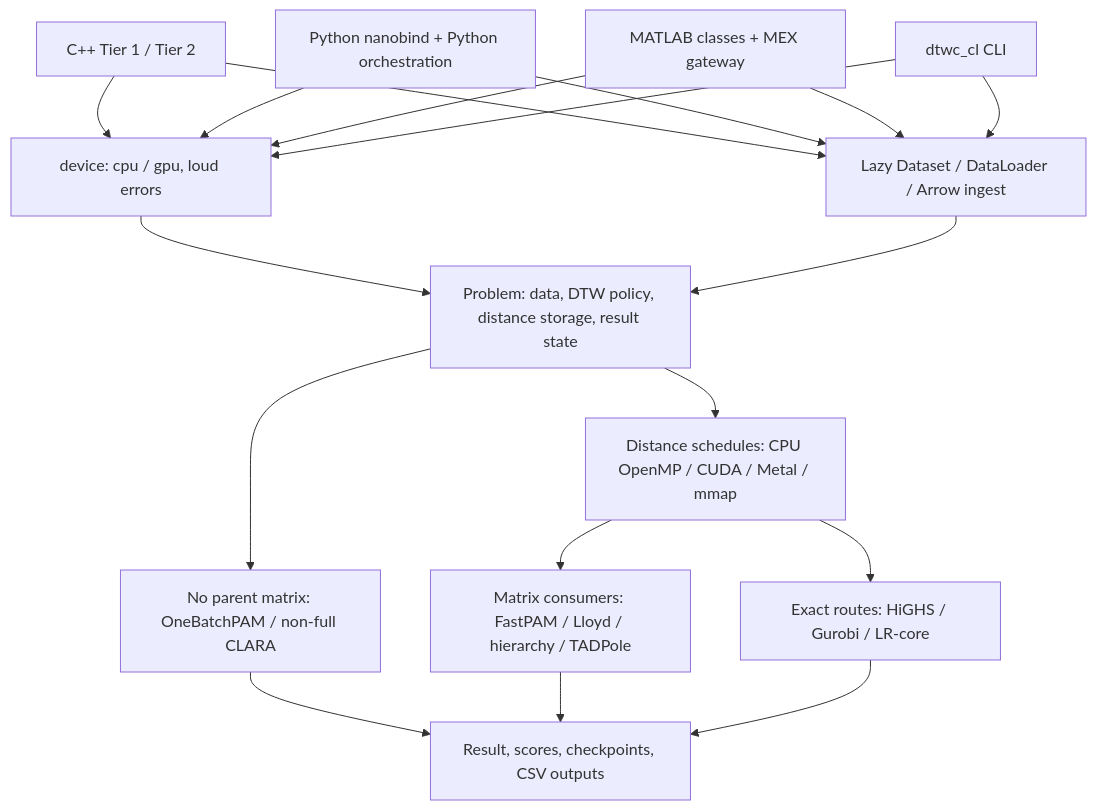
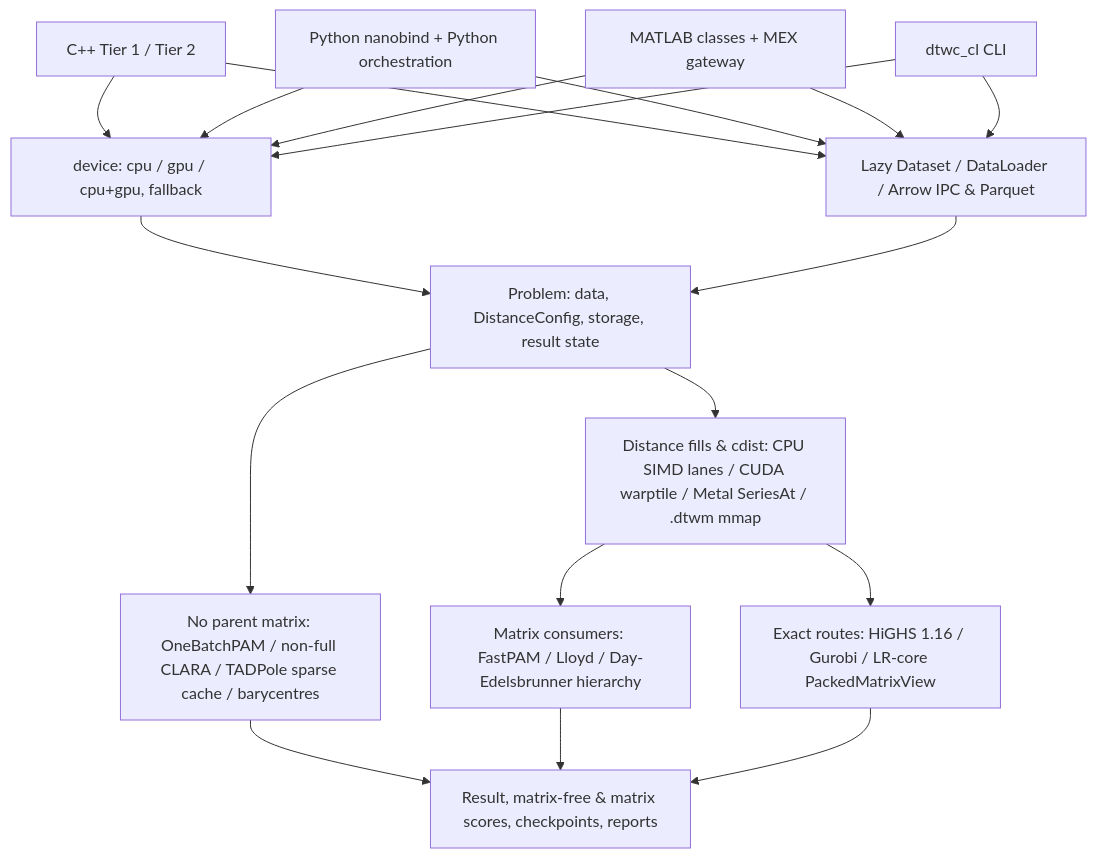
The diagram in docs/content/guides/architecture.md (Battery-Intelligence-Lab/dtw-cpp), drawn with Mermaid before and after one commit. The commit also changed other lines of this file and 26 other files, not shown here.

````diff
--- a/docs/content/guides/architecture.md
+++ b/docs/content/guides/architecture.md
@@ -15,33 +15,33 @@
 ```mermaid
 flowchart TB
     CPP[C++ Tier 1 / Tier 2]
     PY[Python nanobind + Python orchestration]
     MAT[MATLAB classes + MEX gateway]
     CLI[dtwc_cl CLI]
-    ENV[device: cpu / gpu, loud errors]
-    LOAD[Lazy Dataset / DataLoader / Arrow ingest]
-    PROB[Problem: data, DTW policy, distance storage, result state]
-    MATRIX[Distance schedules: CPU OpenMP / CUDA / Metal / mmap]
-    FREE[No parent matrix: OneBatchPAM / non-full CLARA]
-    ALG[Matrix consumers: FastPAM / Lloyd / hierarchy / TADPole]
-    SOLVE[Exact routes: HiGHS / Gurobi / LR-core]
-    OUT[Result, scores, checkpoints, CSV outputs]
+    ENV[device: cpu / gpu / cpu+gpu, fallback]
+    LOAD[Lazy Dataset / DataLoader / Arrow IPC & Parquet]
+    PROB[Problem: data, DistanceConfig, storage, result state]
+    MATRIX[Distance fills & cdist: CPU SIMD lanes / CUDA warptile / Metal SeriesAt / .dtwm mmap]
+    FREE[No parent matrix: OneBatchPAM / non-full CLARA / TADPole sparse cache / barycentres]
+    ALG[Matrix consumers: FastPAM / Lloyd / Day-Edelsbrunner hierarchy]
+    SOLVE[Exact routes: HiGHS 1.16 / Gurobi / LR-core PackedMatrixView]
+    OUT[Result, matrix-free & matrix scores, checkpoints, reports]
 
     CPP --> ENV
     PY --> ENV
     MAT --> ENV
     CLI --> ENV
     CPP --> LOAD
     PY --> LOAD
     MAT --> LOAD
     CLI --> LOAD
     ENV --> PROB
     LOAD --> PROB
     PROB --> MATRIX
     PROB --> FREE
     MATRIX --> ALG
     MATRIX --> SOLVE
     FREE --> OUT
     ALG --> OUT
     SOLVE --> OUT
 ```
````
